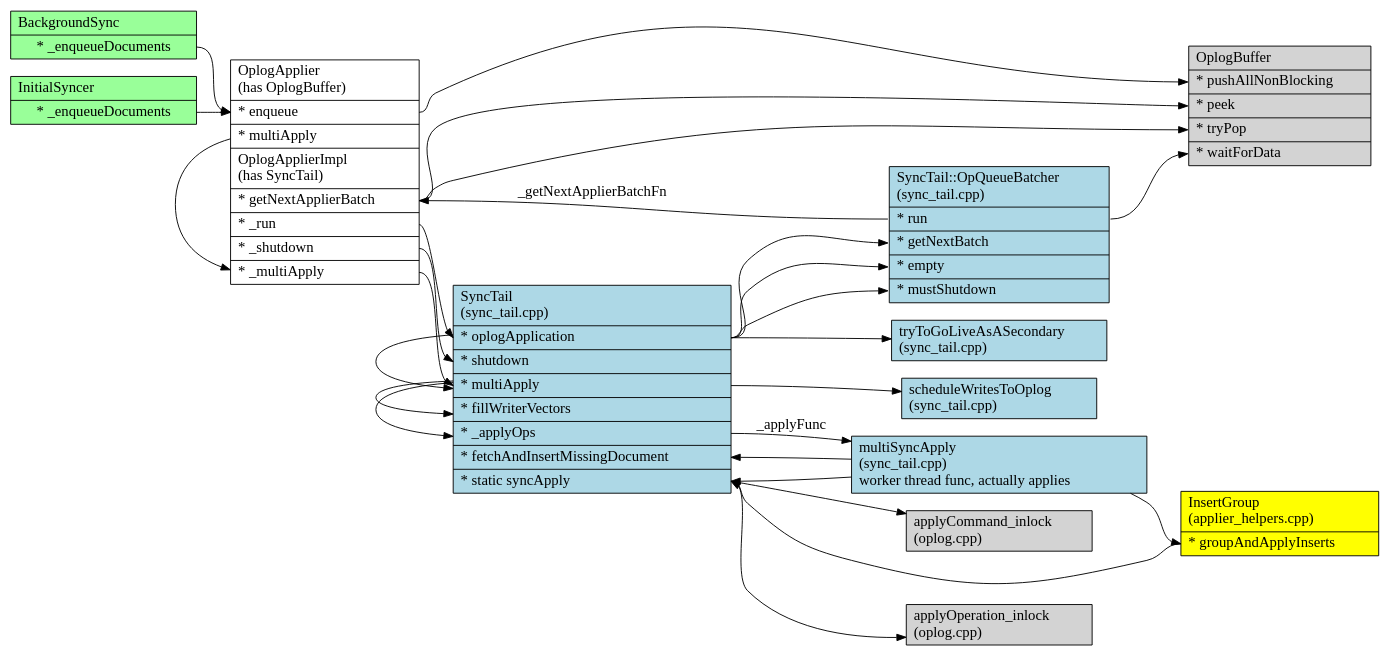
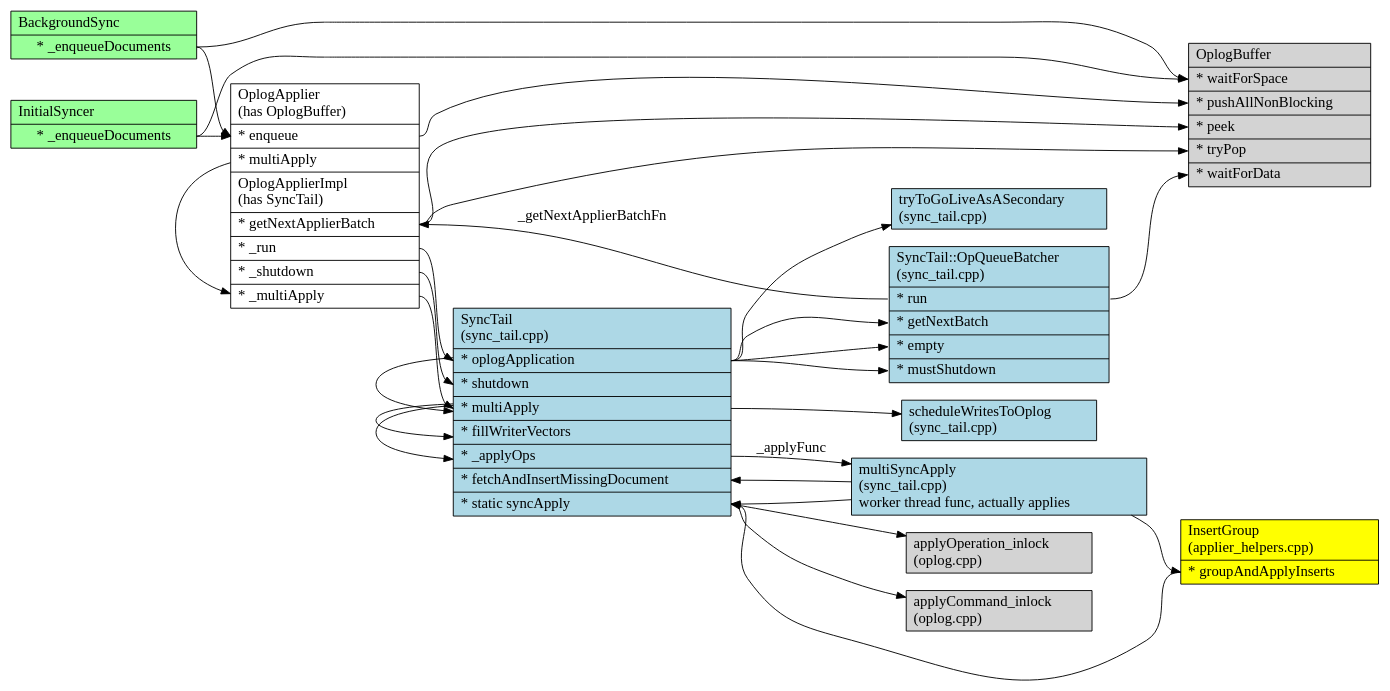
One commit to ajdavis/oplog_applier changed the diagram in oplog_applier/oplog_applier.gv. Above: the diagram before and after it, drawn with Graphviz.

Commit message:
add links from bgsync and initialsyncer to oplogbuffer

```diff
--- a/oplog_applier/oplog_applier.gv
+++ b/oplog_applier/oplog_applier.gv
@@ -1,142 +1,144 @@
 /*
 
 Currently oplog application is split between OplogApplier, SyncTail, applyOps,
 transaction_oplog_application.cpp, and oplog.cpp. The OplogApplier is the direction we want to be
 moving towards but it wasn't fully completed. We likely will not want to merge everything together,
 but we will save ourselves a lot of time in the future if we finish the OplogApplier and make oplog
 application code much more straightforward.
 
 */
 
 digraph g {
 graph [
 rankdir = "LR";
 ];
 node [
 fontsize = "16";
 labeljust = "left";
 shape = "record";
 style = "filled";
 ];
 edge [
 fontsize = "16";
 ];
 
 /*
  * oplog_applier.cpp
  *
  */
 
 "OplogApplier" [
 fillcolor = white;
 label = "OplogApplier \l(has OplogBuffer)\l|<enqueue> * enqueue\l|<multiApply> * multiApply\l|OplogApplierImpl\l(has SyncTail)\l|<getNextApplierBatch> * getNextApplierBatch\l|<_run> * _run\l|<_shutdown> * _shutdown\l|<_multiApply> * _multiApply\l"
 ];
 
 OplogApplier:enqueue -> OplogBuffer:pushAllNonBlocking;
 OplogApplier:_run -> SyncTail:oplogApplication;
 OplogApplier:_shutdown -> SyncTail:shutdown;
 OplogApplier:multiApply -> OplogApplier:_multiApply;
 OplogApplier:_multiApply -> SyncTail:multiApply;
 
 OplogApplier:getNextApplierBatch -> OplogBuffer:peek [weight=2];
 OplogApplier:getNextApplierBatch -> OplogBuffer:tryPop;
 "OplogBuffer" [
-label = "OplogBuffer\l|<pushAllNonBlocking> * pushAllNonBlocking\l|<peek> * peek\l|<tryPop> * tryPop\l|<waitForData> * waitForData\l"
+label = "OplogBuffer\l|<waitForSpace> * waitForSpace\l|<pushAllNonBlocking> * pushAllNonBlocking\l|<peek> * peek\l|<tryPop> * tryPop\l|<waitForData> * waitForData\l"
 ];
 
 /*
  * synctail_.cpp
  *
  */
 
 "tryToGoLiveAsASecondary" [
 fillcolor = "lightblue";
 label = "tryToGoLiveAsASecondary\l(sync_tail.cpp)\l";
 ];
 
 // Has _getNextApplierBatchFn - this is OplogApplier::getNextApplierBatch in oplog_applier.cpp
 "OpQueueBatcher" [
 fillcolor = "lightblue";
 label = "SyncTail::OpQueueBatcher\l(sync_tail.cpp)\l|<run> * run\l|<getNextBatch> * getNextBatch\l|<empty> * empty\l|<mustShutdown> * mustShutdown\l"
 ];
 
 "SyncTail" [
 fillcolor = "lightblue";
 label = "SyncTail\l(sync_tail.cpp)\l|<oplogApplication> * oplogApplication\l| <shutdown> * shutdown\l|<multiApply> * multiApply\l|<fillWriterVectors> * fillWriterVectors\l|<_applyOps> * _applyOps\l|<fetchAndInsertMissingDocument> * fetchAndInsertMissingDocument\l|<syncApply> * static syncApply\l";
 ];
 
 SyncTail:oplogApplication -> OpQueueBatcher:getNextBatch;
 SyncTail:oplogApplication -> OpQueueBatcher:empty;
 SyncTail:oplogApplication -> OpQueueBatcher:mustShutdown;
 SyncTail:oplogApplication -> SyncTail:multiApply;
 SyncTail:oplogApplication -> tryToGoLiveAsASecondary;
 SyncTail:multiApply -> scheduleWritesToOplog;
 SyncTail:multiApply -> SyncTail:_applyOps;
 SyncTail:multiApply -> SyncTail:fillWriterVectors;
 SyncTail:_applyOps -> multiSyncApply [label=_applyFunc];
 SyncTail:syncApply -> applyOperation_inlock;
 SyncTail:syncApply -> applyCommand_inlock;
 
 OpQueueBatcher:run -> OplogApplier:getNextApplierBatch [label = _getNextApplierBatchFn];
 OpQueueBatcher:run -> OplogBuffer:waitForData;
 
 "multiSyncApply" [
 fillcolor = "lightblue";
 label = "multiSyncApply\l(sync_tail.cpp)\l  worker thread func, actually applies\l";
 ];
 
 multiSyncApply -> SyncTail:fetchAndInsertMissingDocument;
 multiSyncApply -> SyncTail:syncApply;
 multiSyncApply -> InsertGroup:groupAndApplyInserts;
 
 "scheduleWritesToOplog" [
 fillcolor = "lightblue";
 label = "scheduleWritesToOplog\l(sync_tail.cpp)\l";
 ];
 
 /*
  * applier_helpers.cpp
  */
 
 "InsertGroup" [
 fillcolor = "yellow";
 label = "InsertGroup\l(applier_helpers.cpp)\l|<groupAndApplyInserts> * groupAndApplyInserts\l";
 ];
 
 InsertGroup:groupAndApplyInserts -> SyncTail:syncApply;
 
 /*
  * oplog.cpp
  *
  */
 
 "applyOperation_inlock" [
 fillcolor = "lightgray";
 label = "applyOperation_inlock\l(oplog.cpp)\l";
 ];
 
 "applyCommand_inlock" [
 fillcolor = "lightgray";
 label = "applyCommand_inlock\l(oplog.cpp)\l";
 ];
 
 /*
  * bgsync.cpp
  *
  */
 
 "BackgroundSync" [
 fillcolor = "#99FF99";
 label = "BackgroundSync\l|<_enqueueDocuments> * _enqueueDocuments";
 ]
 
+BackgroundSync:_enqueueDocuments -> OplogBuffer:waitForSpace;
 BackgroundSync:_enqueueDocuments -> OplogApplier:enqueue;
 
 "InitialSyncer" [
 fillcolor = "#99FF99";
 label = "InitialSyncer\l|<_enqueueDocuments> * _enqueueDocuments";
 ]
 
+InitialSyncer:_enqueueDocuments -> OplogBuffer:waitForSpace;
 InitialSyncer:_enqueueDocuments -> OplogApplier:enqueue [weight=2];
 
 }
```
